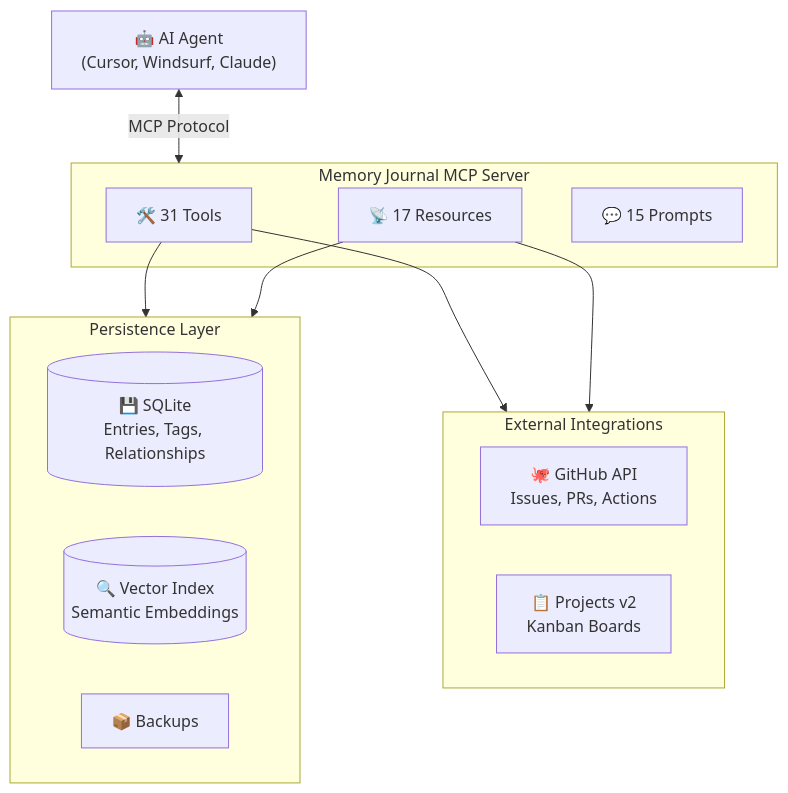
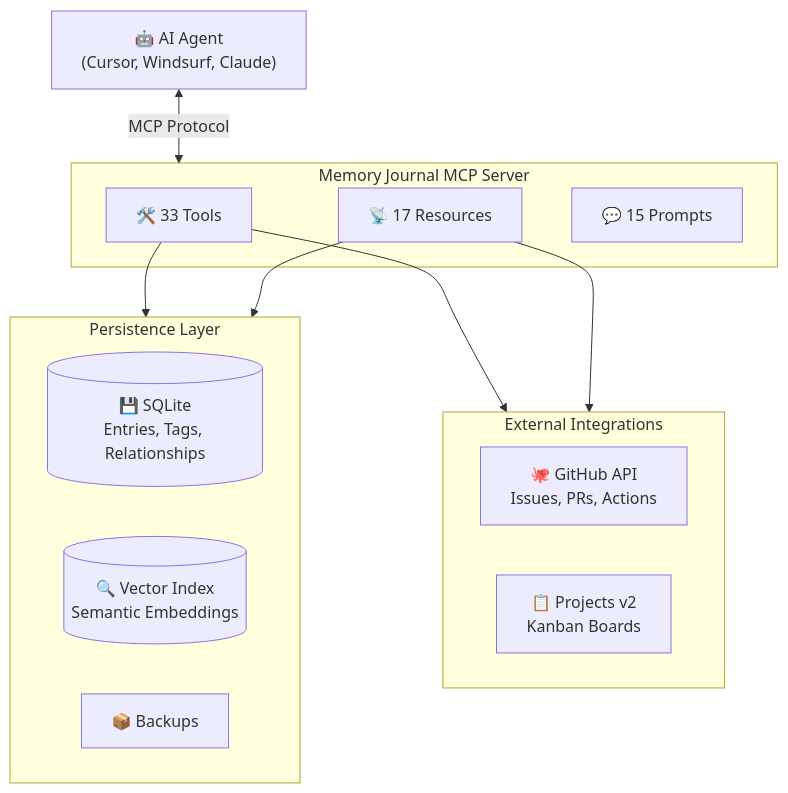
Before and after one commit to neverinfamous/memory-journal-mcp: the second of 2 diagrams in README.md, drawn with Mermaid. The commit also changed other lines of this file and 1 other file, not shown here.

````diff
--- a/README.md
+++ b/README.md
@@ -446,27 +446,27 @@
 ```mermaid
 flowchart TB
     AI["🤖 AI Agent<br/>(Cursor, Windsurf, Claude)"]
 
     subgraph MCP["Memory Journal MCP Server"]
-        Tools["🛠️ 31 Tools"]
+        Tools["🛠️ 33 Tools"]
         Resources["📡 17 Resources"]
         Prompts["💬 15 Prompts"]
     end
 
     subgraph Storage["Persistence Layer"]
         SQLite[("💾 SQLite<br/>Entries, Tags, Relationships")]
         Vector[("🔍 Vector Index<br/>Semantic Embeddings")]
         Backups["📦 Backups"]
     end
 
     subgraph External["External Integrations"]
         GitHub["🐙 GitHub API<br/>Issues, PRs, Actions"]
         Kanban["📋 Projects v2<br/>Kanban Boards"]
     end
 
     AI <-->|"MCP Protocol"| MCP
     Tools --> Storage
     Tools --> External
     Resources --> Storage
     Resources --> External
 ```
````
